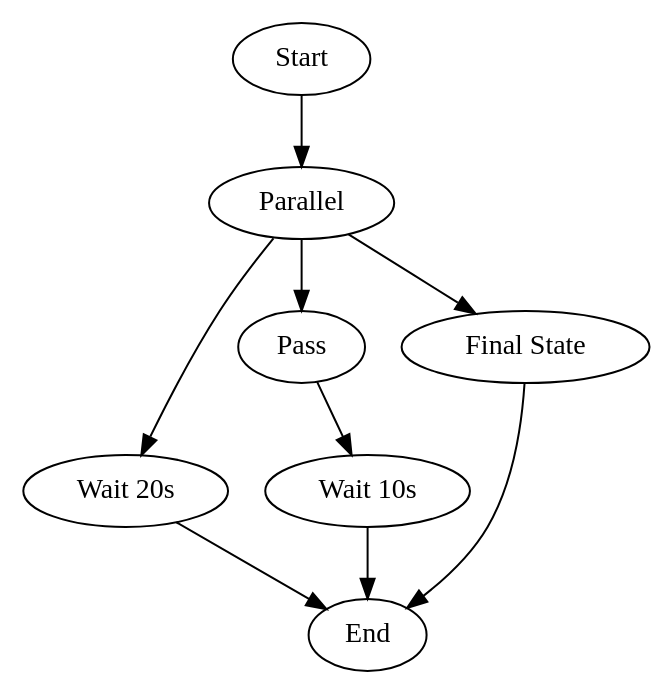
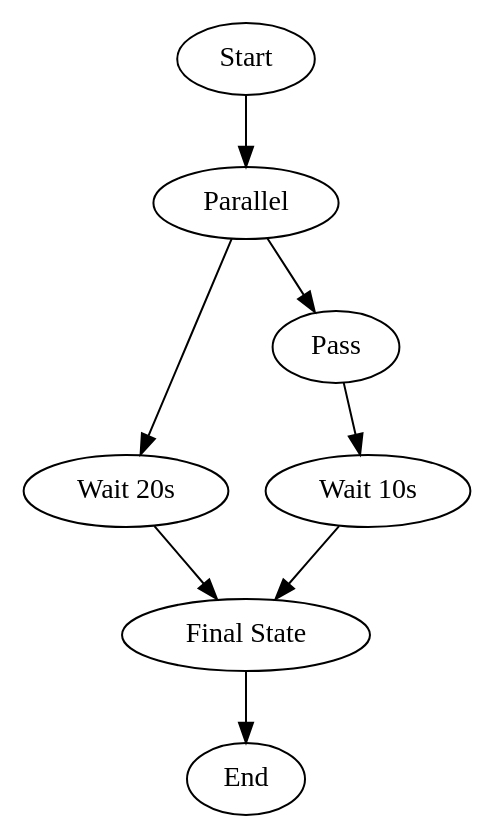
One commit to NaohiroTamura/faasshell changed the diagram in samples/common/graph/parallel.dot. Above: the diagram before and after it, drawn with Graphviz. The commit also changed 12 other files, not shown here.

Commit message:
Fixed parallel_execute branch args creation bug and parallel graph

```diff
--- a/samples/common/graph/parallel.dot
+++ b/samples/common/graph/parallel.dot
@@ -1,10 +1,9 @@
 digraph graph_name {
      "Start" -> "Parallel" ;
      "Parallel" -> "Wait 20s" ;
-     "Wait 20s" -> "End" ;
+     "Wait 20s" -> "Final State" ;
      "Parallel" -> "Pass" ;
      "Pass" -> "Wait 10s" ;
-     "Wait 10s" -> "End" ;
-     "Parallel" -> "Final State" ;
+     "Wait 10s" -> "Final State" ;
      "Final State" -> "End" ;
 }
```
